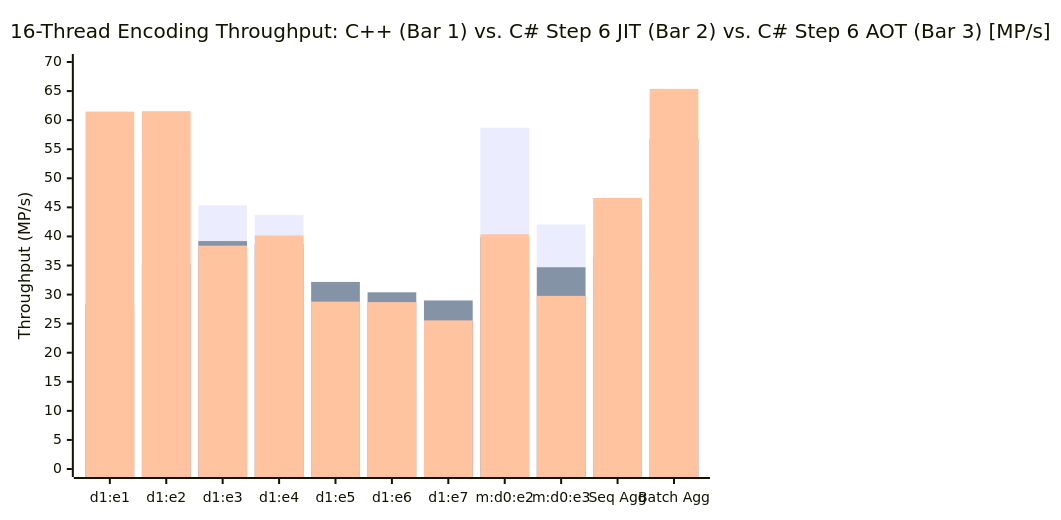
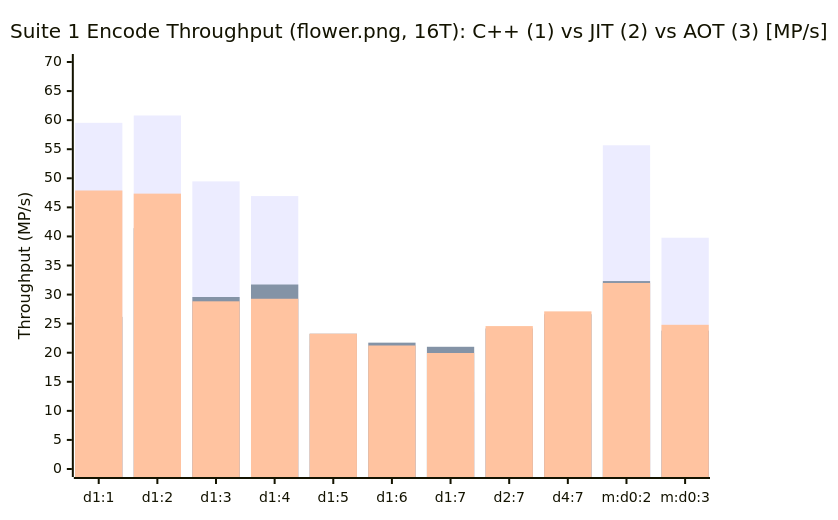
Before and after one commit to Hefaistos68/jxlsharp: the first of 3 diagrams in benchmark.md, drawn with Mermaid. The commit also changed other lines of this file and 3 other files, not shown here.

````diff
--- a/benchmark.md
+++ b/benchmark.md
@@ -389,9 +291,9 @@
 ```mermaid
 xychart-beta
-    title "16-Thread Encoding Throughput: C++ (Bar 1) vs. C# Step 6 JIT (Bar 2) vs. C# Step 6 AOT (Bar 3) [MP/s]"
-    x-axis ["d1:e1", "d1:e2", "d1:e3", "d1:e4", "d1:e5", "d1:e6", "d1:e7", "m:d0:e2", "m:d0:e3", "Seq Agg", "Batch Agg"]
+    title "Suite 1 Encode Throughput (flower.png, 16T): C++ (1) vs JIT (2) vs AOT (3) [MP/s]"
+    x-axis ["d1:1", "d1:2", "d1:3", "d1:4", "d1:5", "d1:6", "d1:7", "d2:7", "d4:7", "m:d0:2", "m:d0:3"]
     y-axis "Throughput (MP/s)" 0 --> 70
-    bar [53.49, 54.64, 45.35, 43.68, 18.64, 12.21, 11.01, 58.70, 42.05, 35.12, 32.78]
-    bar [28.34, 35.18, 39.20, 38.63, 32.18, 30.39, 28.99, 39.87, 34.70, 36.50, 56.87]
-    bar [61.47, 61.54, 38.41, 40.17, 28.78, 28.70, 25.56, 40.36, 29.78, 46.61, 65.38]
+    bar [59.54, 60.80, 49.47, 46.94, 21.21, 13.62, 13.27, 13.05, 11.31, 55.68, 39.78]
+    bar [26.17, 41.43, 29.58, 31.73, 23.26, 21.73, 21.02, 24.17, 26.62, 32.32, 23.80]
+    bar [47.90, 47.36, 28.84, 29.28, 23.27, 21.24, 19.95, 24.58, 27.11, 32.00, 24.80]
 ```
````
